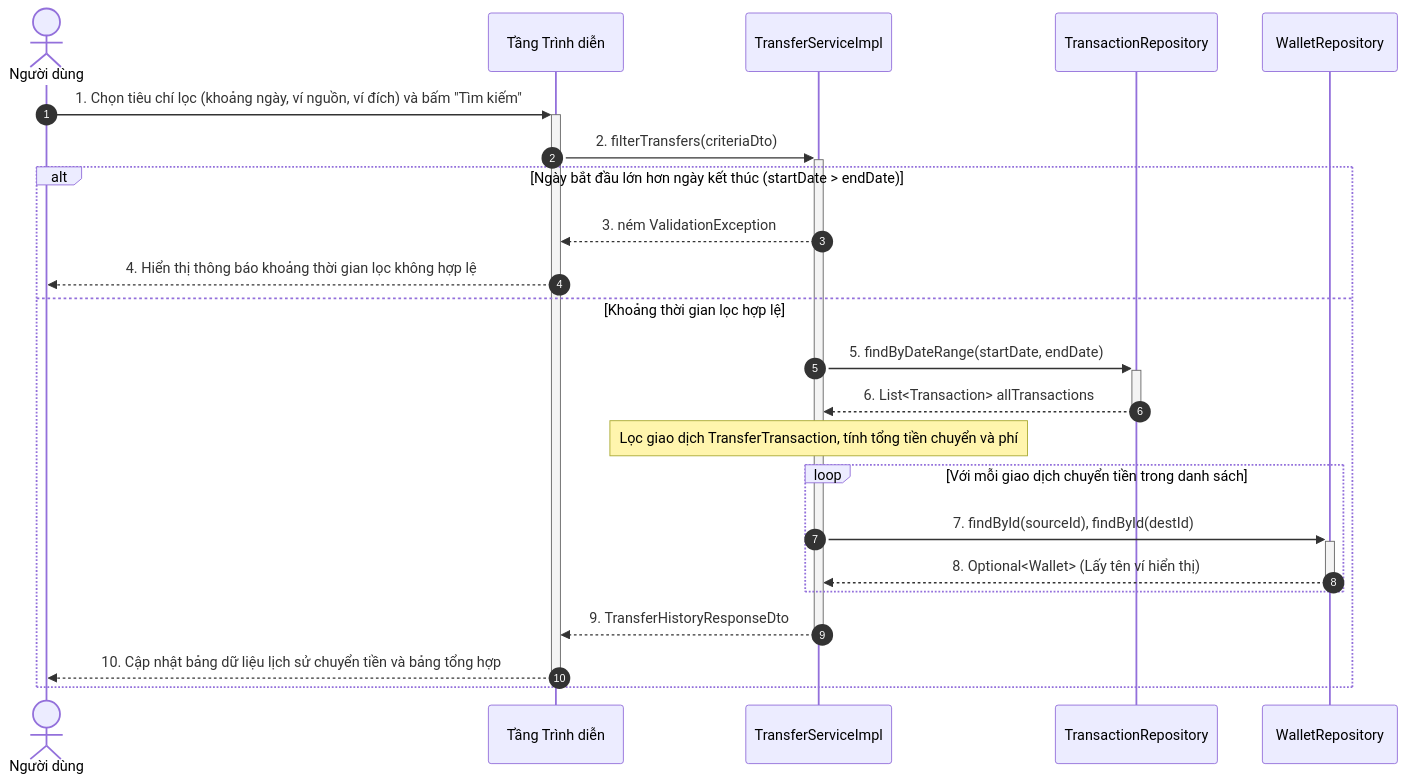
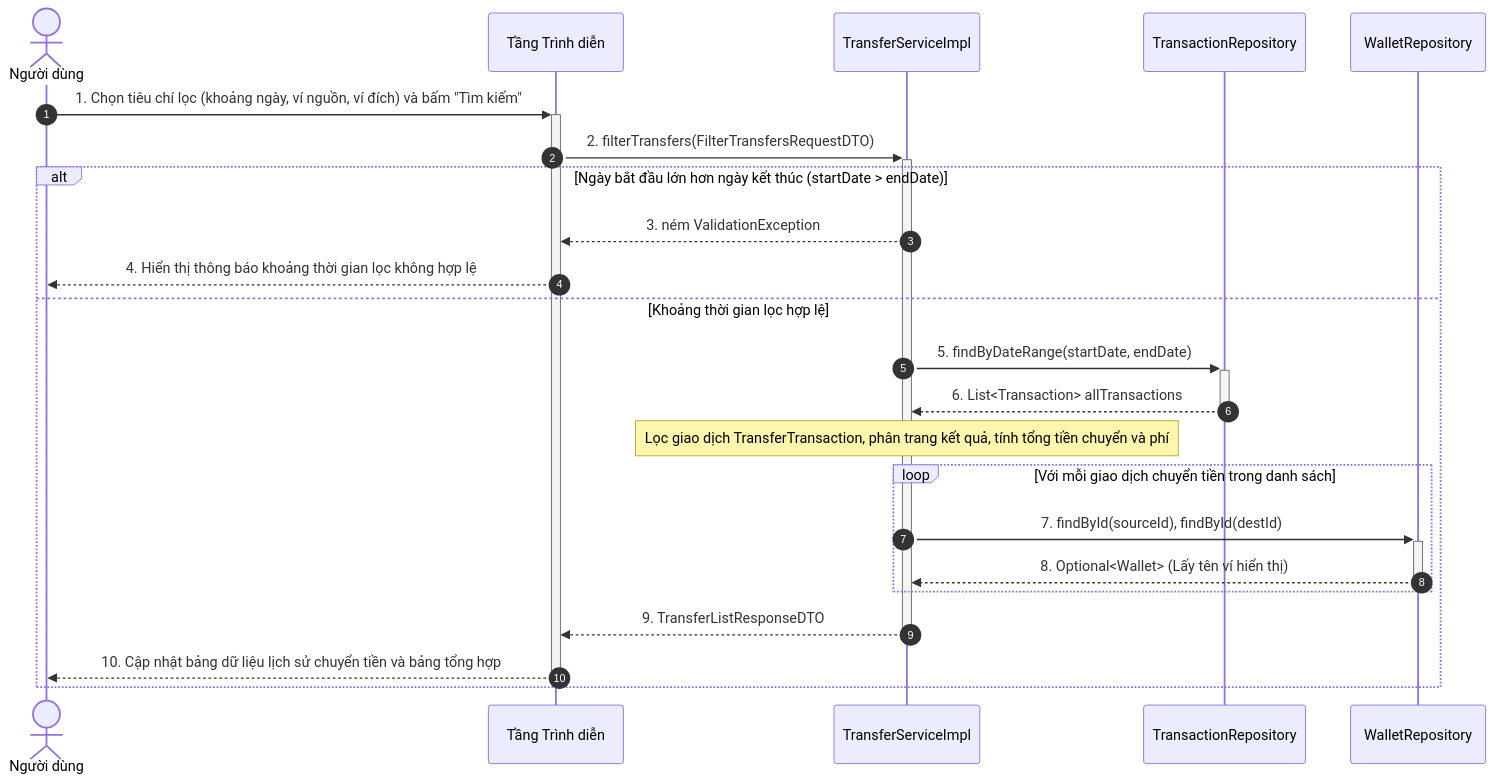
Diagram 11 of 21 in docs/object-oriented-design/05-so-do-tuong-tac-thiet-ke-sequence-diagram.md (mynhleeh/pfms-oop), drawn with Mermaid before and after one commit. The commit also changed other lines of this file and 3 other files, not shown here.

Commit message:
docs(ood): harmonize service contracts, sequence diagrams, and DTO specifications

````diff
--- a/docs/object-oriented-design/05-so-do-tuong-tac-thiet-ke-sequence-diagram.md
+++ b/docs/object-oriented-design/05-so-do-tuong-tac-thiet-ke-sequence-diagram.md
@@ -585,26 +585,26 @@
 ```mermaid
 sequenceDiagram
     autonumber
     actor User as Người dùng
     participant GUI as Tầng Trình diễn
     participant TransferService as TransferServiceImpl
     participant TxnRepo as TransactionRepository
     participant WalletRepo as WalletRepository
 
     User->>+GUI: 1. Chọn tiêu chí lọc (khoảng ngày, ví nguồn, ví đích) và bấm "Tìm kiếm"
-    GUI->>+TransferService: 2. filterTransfers(criteriaDto)
+    GUI->>+TransferService: 2. filterTransfers(FilterTransfersRequestDTO)
     alt Ngày bắt đầu lớn hơn ngày kết thúc (startDate > endDate)
         TransferService-->>GUI: 3. ném ValidationException
         GUI-->>User: 4. Hiển thị thông báo khoảng thời gian lọc không hợp lệ
     else Khoảng thời gian lọc hợp lệ
         TransferService->>+TxnRepo: 5. findByDateRange(startDate, endDate)
         TxnRepo-->>-TransferService: 6. List<Transaction> allTransactions
-        Note over TransferService: Lọc giao dịch TransferTransaction, tính tổng tiền chuyển và phí
+        Note over TransferService: Lọc giao dịch TransferTransaction, phân trang kết quả, tính tổng tiền chuyển và phí
         loop Với mỗi giao dịch chuyển tiền trong danh sách
             TransferService->>+WalletRepo: 7. findById(sourceId), findById(destId)
             WalletRepo-->>-TransferService: 8. Optional<Wallet> (Lấy tên ví hiển thị)
         end
-        TransferService-->>-GUI: 9. TransferHistoryResponseDto
+        TransferService-->>-GUI: 9. TransferListResponseDTO
         GUI-->>-User: 10. Cập nhật bảng dữ liệu lịch sử chuyển tiền và bảng tổng hợp
     end
 ```
````
